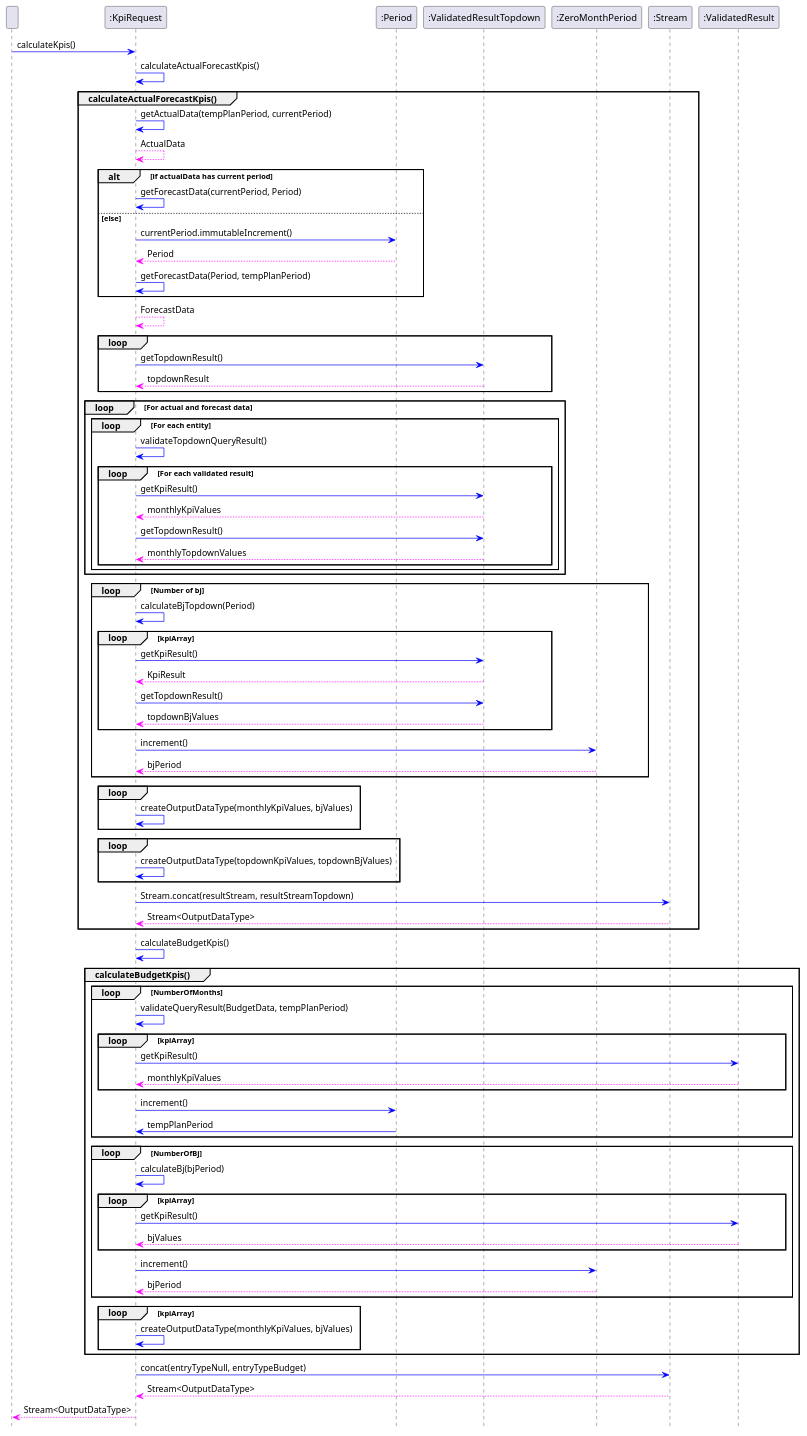
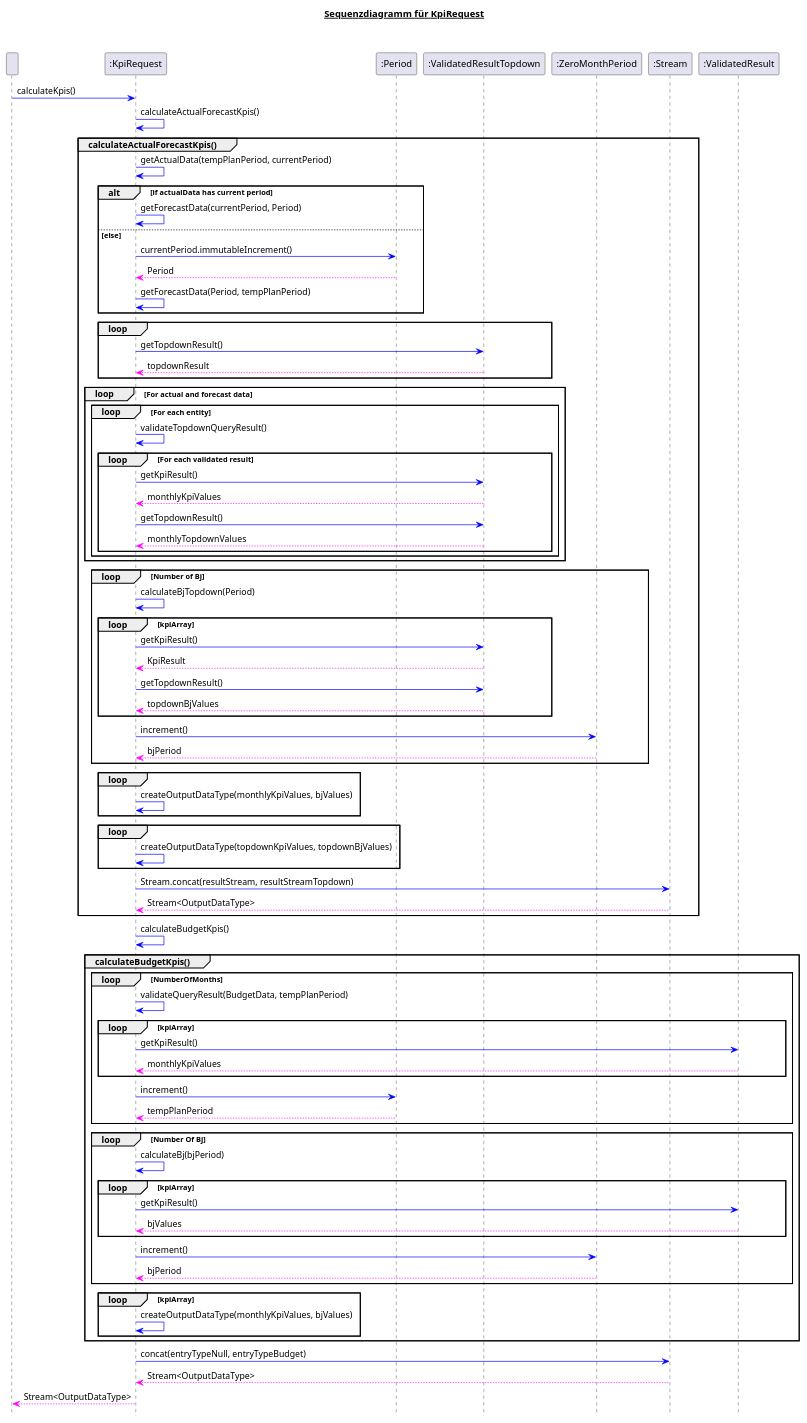
Before and after one commit to wagnst/forecast-cassandra: the diagram in diagrams/sequence/sequence_KpiRequest.puml, drawn with PlantUML. The commit also changed 1 other file, not shown here.

Commit message:
update sequence_diagramm_KpeRequest

```diff
--- a/diagrams/sequence/sequence_KpiRequest.puml
+++ b/diagrams/sequence/sequence_KpiRequest.puml
@@ -1,97 +1,98 @@
 @startuml
 hide footbox
+
+title __Sequenzdiagramm für KpiRequest__\n\n
+
 participant  " "
 participant  ":KpiRequest"
 participant  ":Period"
 participant  ":ValidatedResultTopdown"
 participant  ":ZeroMonthPeriod"
 
 
 " " -[#0000FF]> ":KpiRequest" : calculateKpis()
 
 ":KpiRequest" -[#0000FF]> ":KpiRequest" : calculateActualForecastKpis()
 group calculateActualForecastKpis()
 ":KpiRequest" -[#0000FF]> ":KpiRequest" : getActualData(tempPlanPeriod, currentPeriod)
-":KpiRequest" --[#FF00FF]> ":KpiRequest" : ActualData
 alt if actualData has current period
     ":KpiRequest" -[#0000FF]> ":KpiRequest" : getForecastData(currentPeriod, Period)
     else else
     ":KpiRequest" -[#0000FF]> ":Period" : currentPeriod.immutableIncrement()
     ":Period" --[#FF00FF]> ":KpiRequest" : Period
     ":KpiRequest" -[#0000FF]> ":KpiRequest" : getForecastData(Period, tempPlanPeriod)
 end
-    ":KpiRequest" --[#FF00FF]> ":KpiRequest" : ForecastData
 
 loop
 ":KpiRequest" -[#0000FF]> ":ValidatedResultTopdown" : getTopdownResult()
 ":ValidatedResultTopdown" --[#FF00FF]> ":KpiRequest" : topdownResult
 end
 
 loop For actual and forecast data
    loop For each entity
          ":KpiRequest" -[#0000FF]> ":KpiRequest" : validateTopdownQueryResult()
         loop For each validated result
             ":KpiRequest" -[#0000FF]> ":ValidatedResultTopdown" : getKpiResult()
             ":ValidatedResultTopdown" --[#FF00FF]> ":KpiRequest" : monthlyKpiValues
             ":KpiRequest" -[#0000FF]> ":ValidatedResultTopdown" : getTopdownResult()
             ":ValidatedResultTopdown" --[#FF00FF]> ":KpiRequest" : monthlyTopdownValues
         end
    end
 end
 
-loop Number of bj
+loop Number of Bj
     ":KpiRequest" -[#0000FF]> ":KpiRequest" : calculateBjTopdown(Period)
     loop kpiArray
         ":KpiRequest" -[#0000FF]> ":ValidatedResultTopdown" : getKpiResult()
         ":ValidatedResultTopdown" --[#FF00FF]> ":KpiRequest" : KpiResult
         ":KpiRequest" -[#0000FF]> ":ValidatedResultTopdown" : getTopdownResult()
         ":ValidatedResultTopdown" --[#FF00FF]> ":KpiRequest" : topdownBjValues
     end
     ":KpiRequest" -[#0000FF]> ":ZeroMonthPeriod" : increment()
     ":ZeroMonthPeriod" --[#FF00FF]> ":KpiRequest" : bjPeriod
 end
 
 loop
        ":KpiRequest" -[#0000FF]> ":KpiRequest" : createOutputDataType(monthlyKpiValues, bjValues)
 end
 
 loop
     ":KpiRequest" -[#0000FF]> ":KpiRequest" : createOutputDataType(topdownKpiValues, topdownBjValues)
 end
 
 ":KpiRequest" -[#0000FF]> ":Stream" : Stream.concat(resultStream, resultStreamTopdown)
 ":Stream" --[#FF00FF]> ":KpiRequest" : Stream<OutputDataType>
 end
 
 ":KpiRequest" -[#0000FF]> ":KpiRequest" : calculateBudgetKpis()
 group calculateBudgetKpis()
 loop NumberOfMonths
     ":KpiRequest" -[#0000FF]> ":KpiRequest" : validateQueryResult(BudgetData, tempPlanPeriod)
     loop kpiArray
         ":KpiRequest" -[#0000FF]> ":ValidatedResult" : getKpiResult()
         ":ValidatedResult" --[#FF00FF]> ":KpiRequest" : monthlyKpiValues
     end
         ":KpiRequest" -[#0000FF]> ":Period" : increment()
-        ":Period" -[#0000FF]> ":KpiRequest" : tempPlanPeriod
+        ":Period" --[#FF00FF]> ":KpiRequest" : tempPlanPeriod
 end
 
-loop NumberOfBj
+loop Number Of Bj
     ":KpiRequest" -[#0000FF]> ":KpiRequest" : calculateBj(bjPeriod)
     loop kpiArray
         ":KpiRequest" -[#0000FF]> ":ValidatedResult": getKpiResult()
         ":ValidatedResult" --[#FF00FF]> ":KpiRequest": bjValues
     end
     ":KpiRequest" -[#0000FF]> ":ZeroMonthPeriod" : increment()
     ":ZeroMonthPeriod" --[#FF00FF]> ":KpiRequest" : bjPeriod
 end
 
 loop kpiArray
     ":KpiRequest" -[#0000FF]> ":KpiRequest" : createOutputDataType(monthlyKpiValues, bjValues)
 end
 end
 
 ":KpiRequest" -[#0000FF]> ":Stream" : concat(entryTypeNull, entryTypeBudget)
 ":Stream" --[#FF00FF]> ":KpiRequest" : Stream<OutputDataType>
 
 ":KpiRequest" --[#FF00FF]> " " : Stream<OutputDataType>
 @enduml
```
